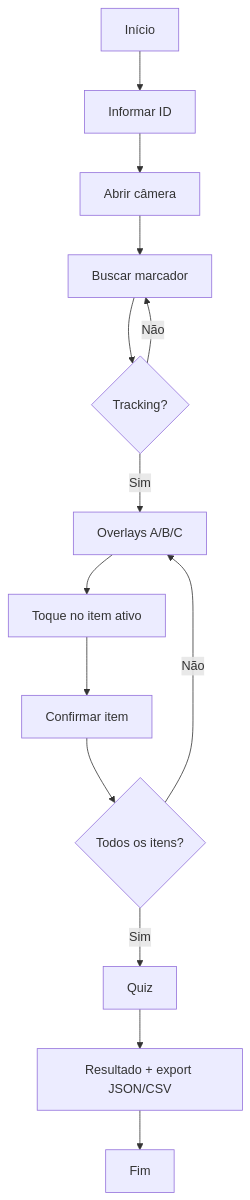
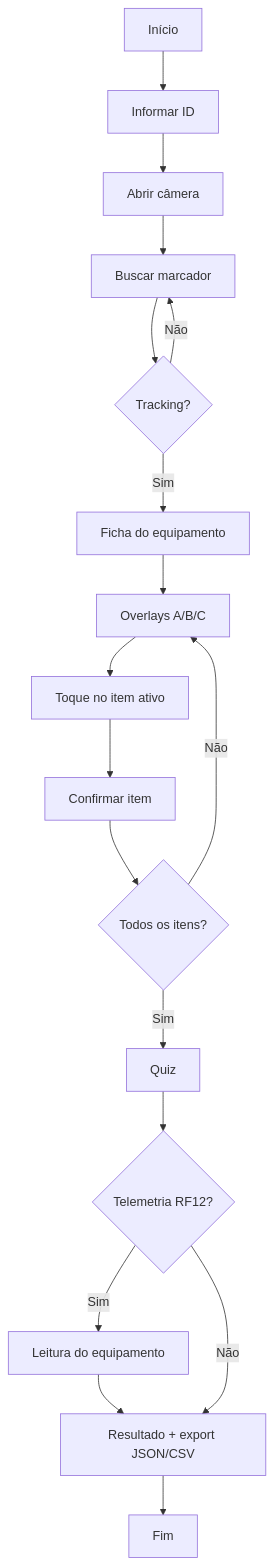
One commit to JoaoLops3/ODS-Vision-SafetyLens changed the diagram in README.md. Above: the diagram before and after it, drawn with Mermaid. The commit also changed other lines of this file and 5 other files, not shown here.

````diff
--- a/README.md
+++ b/README.md
@@ -430,16 +449,20 @@
 ```mermaid
 flowchart TD
     A[Início] --> B[Informar ID]
     B --> C[Abrir câmera]
     C --> D[Buscar marcador]
     D --> E{Tracking?}
     E -- Não --> D
-    E -- Sim --> F[Overlays A/B/C]
+    E -- Sim --> Brief[Ficha do equipamento]
+    Brief --> F[Overlays A/B/C]
     F --> G[Toque no item ativo]
     G --> H[Confirmar item]
     H --> I{Todos os itens?}
     I -- Não --> F
     I -- Sim --> J[Quiz]
-    J --> K[Resultado + export JSON/CSV]
+    J --> T{Telemetria RF12?}
+    T -- Sim --> U[Leitura do equipamento]
+    U --> K[Resultado + export JSON/CSV]
+    T -- Não --> K
     K --> L[Fim]
 ```
````
